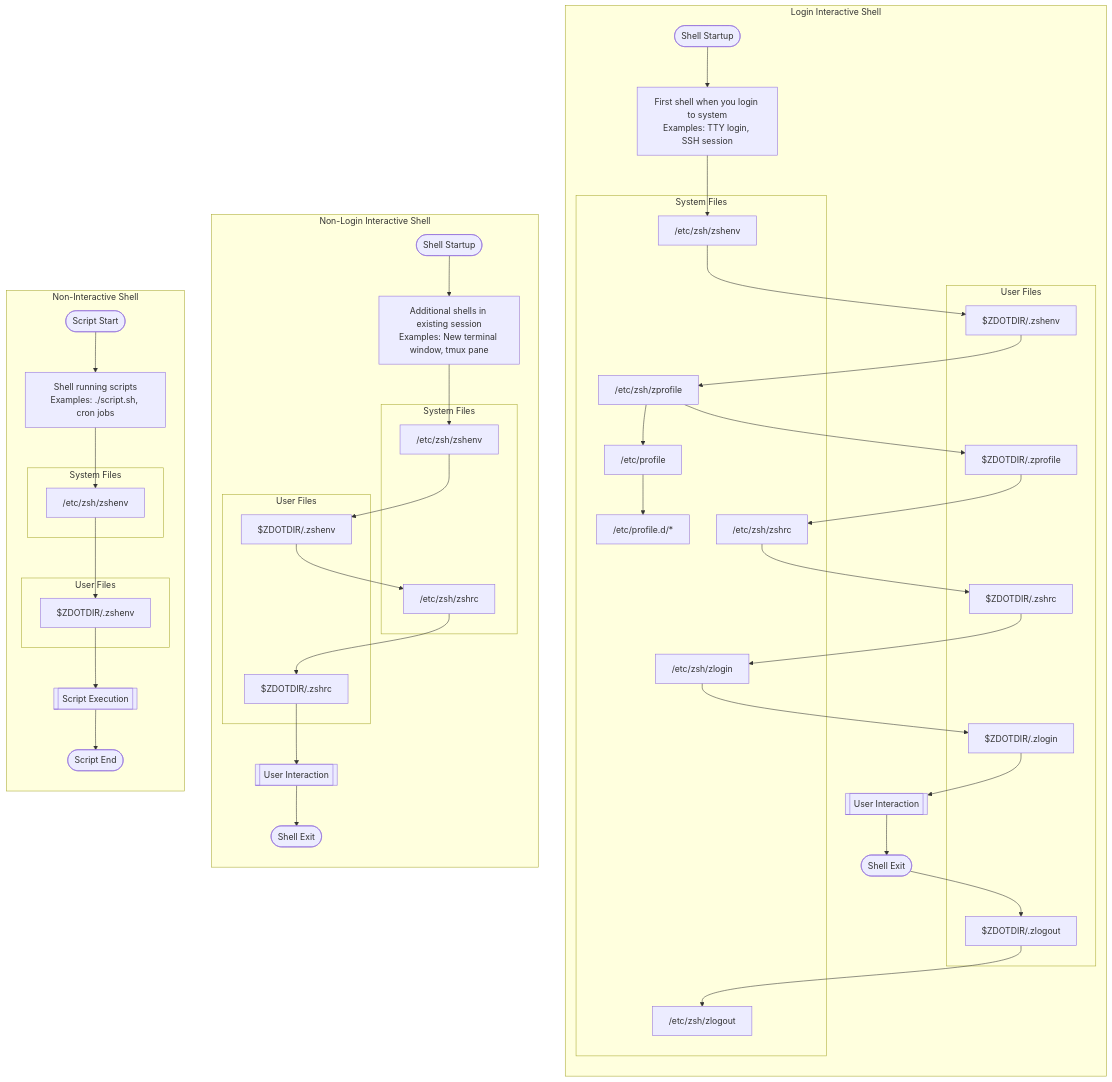
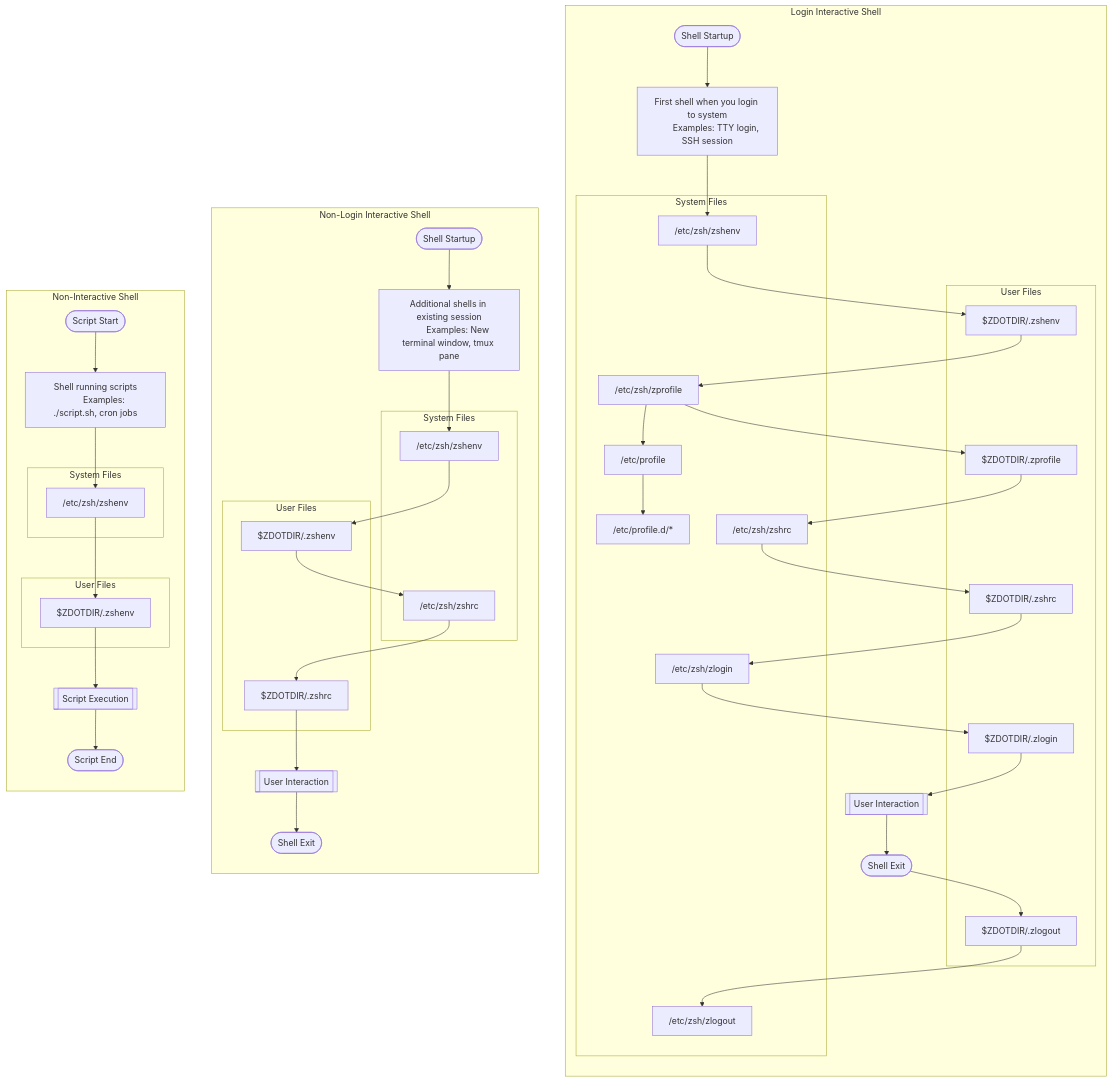
One commit to z00rat/shebang-zsh changed the diagram in etc/zsh/readme.md. Above: the diagram before and after it, drawn with Mermaid. The commit also changed other lines of this file, not shown here.

Commit message:
MOD: fix description and ADD: File Purpos

```diff
--- a/etc/zsh/readme.md
+++ b/etc/zsh/readme.md
@@ -2,7 +11,8 @@
 flowchart TB
     subgraph login["Login Interactive Shell"]
         direction TB
-        loginDesc["First shell when you login to system<br>Examples: TTY login, SSH session"]
+        loginDesc[First shell when you login to system
+        Examples: TTY login, SSH session]
         loginStart(["Shell Startup"])
         
         subgraph lsys["System Files"]
@@ -28,7 +38,8 @@
 
     subgraph nonlogin["Non-Login Interactive Shell"]
         direction TB
-        nonloginDesc["Additional shells in existing session<br>Examples: New terminal window, tmux pane"]
+        nonloginDesc[Additional shells in existing session
+        Examples: New terminal window, tmux pane]
         nonloginStart(["Shell Startup"])
         
         subgraph nlsys["System Files"]
@@ -46,7 +57,8 @@
 
     subgraph script["Non-Interactive Shell"]
         direction TB
-        scriptDesc["Shell running scripts<br>Examples: ./script.sh, cron jobs"]
+        scriptDesc[Shell running scripts
+        Examples: ./script.sh, cron jobs]
         scriptStart(["Script Start"])
         
         subgraph ssys["System Files"]
```
